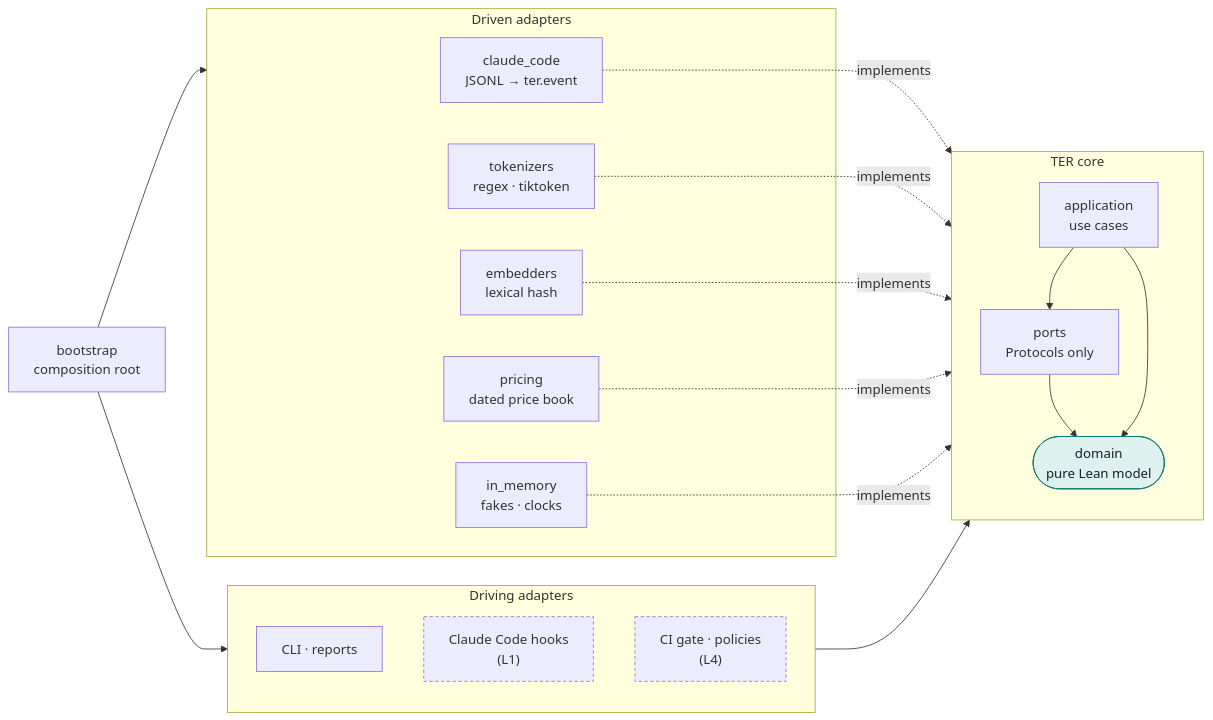
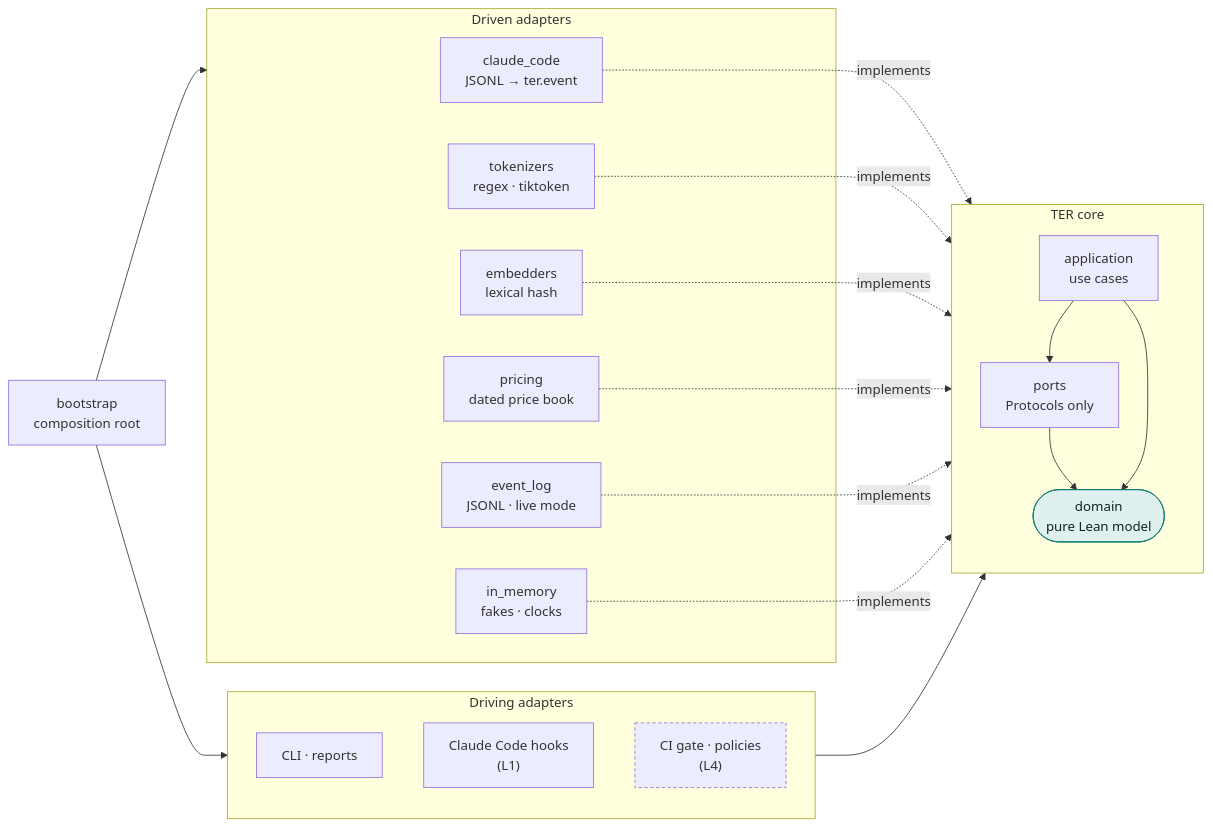
The first of 3 diagrams in docs/ter4/architecture.md (cplegendre/TER), drawn with Mermaid before and after one commit. The commit also changed other lines of this file and 58 other files, not shown here.

````diff
--- a/docs/ter4/architecture.md
+++ b/docs/ter4/architecture.md
@@ -14,39 +14,41 @@
 ```mermaid
 flowchart LR
     subgraph driving["Driving adapters"]
         CLI["CLI · reports"]
         HOOKS["Claude Code hooks<br/>(L1)"]
         GATE["CI gate · policies<br/>(L4)"]
     end
 
     subgraph core["TER core"]
         direction TB
         APP["application<br/>use cases"]
         PORTS["ports<br/>Protocols only"]
         DOMAIN(["domain<br/>pure Lean model"])
         APP --> PORTS --> DOMAIN
         APP --> DOMAIN
     end
 
     subgraph driven["Driven adapters"]
         CC["claude_code<br/>JSONL → ter.event"]
         TOK["tokenizers<br/>regex · tiktoken"]
         EMB["embedders<br/>lexical hash"]
         PRICE["pricing<br/>dated price book"]
+        LOG["event_log<br/>JSONL · live mode"]
         MEM["in_memory<br/>fakes · clocks"]
     end
 
     driving --> APP
     CC -. implements .-> PORTS
     TOK -. implements .-> PORTS
     EMB -. implements .-> PORTS
     PRICE -. implements .-> PORTS
+    LOG -. implements .-> PORTS
     MEM -. implements .-> PORTS
     BOOT["bootstrap<br/>composition root"] --> driving
     BOOT --> driven
 
     classDef pure fill:#dff1ee,stroke:#0d7a6f,color:#16212a
     classDef soon stroke-dasharray: 4 3
     class DOMAIN pure
-    class HOOKS,GATE soon
+    class GATE soon
 ```
````
